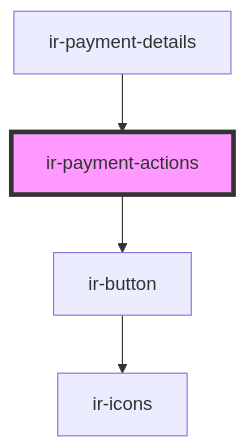
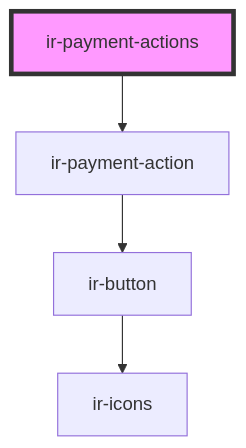
The diagram in src/components/ir-booking-details/ir-payment-details/ir-payment-actions/readme.md (David1Chowaifaty/modified-ir-webcmp), drawn with Mermaid before and after one commit. The commit also changed other lines of this file and 50 other files, not shown here.

````diff
--- a/src/components/ir-booking-details/ir-payment-details/ir-payment-actions/readme.md
+++ b/src/components/ir-booking-details/ir-payment-details/ir-payment-actions/readme.md
@@ -34,7 +23,7 @@
 ```mermaid
 graph TD;
-  ir-payment-actions --> ir-button
+  ir-payment-actions --> ir-payment-action
+  ir-payment-action --> ir-button
   ir-button --> ir-icons
-  ir-payment-details --> ir-payment-actions
   style ir-payment-actions fill:#f9f,stroke:#333,stroke-width:4px
 ```
````
